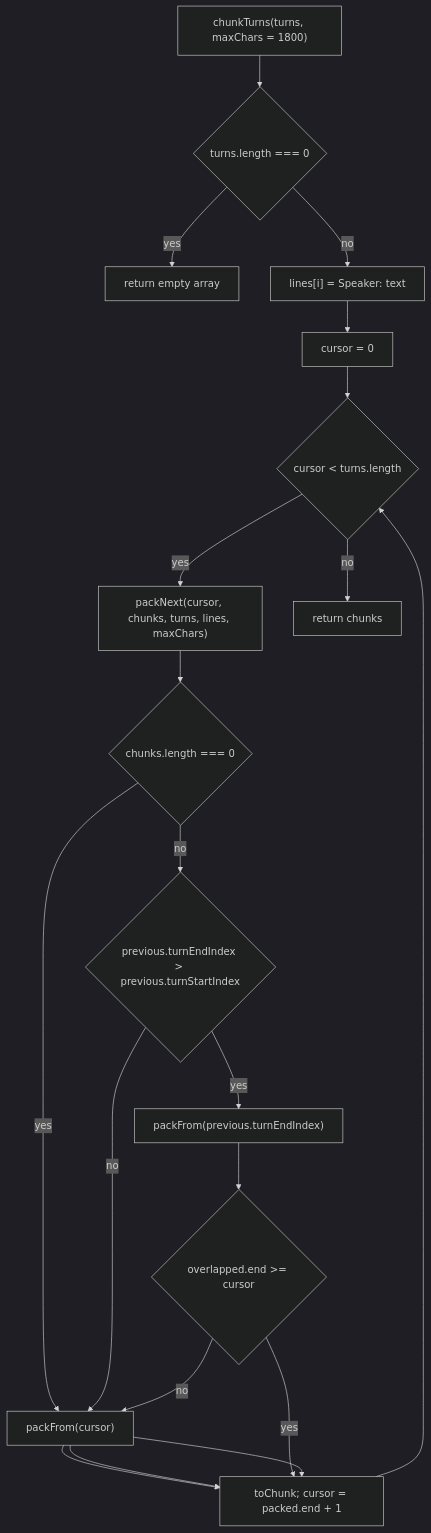
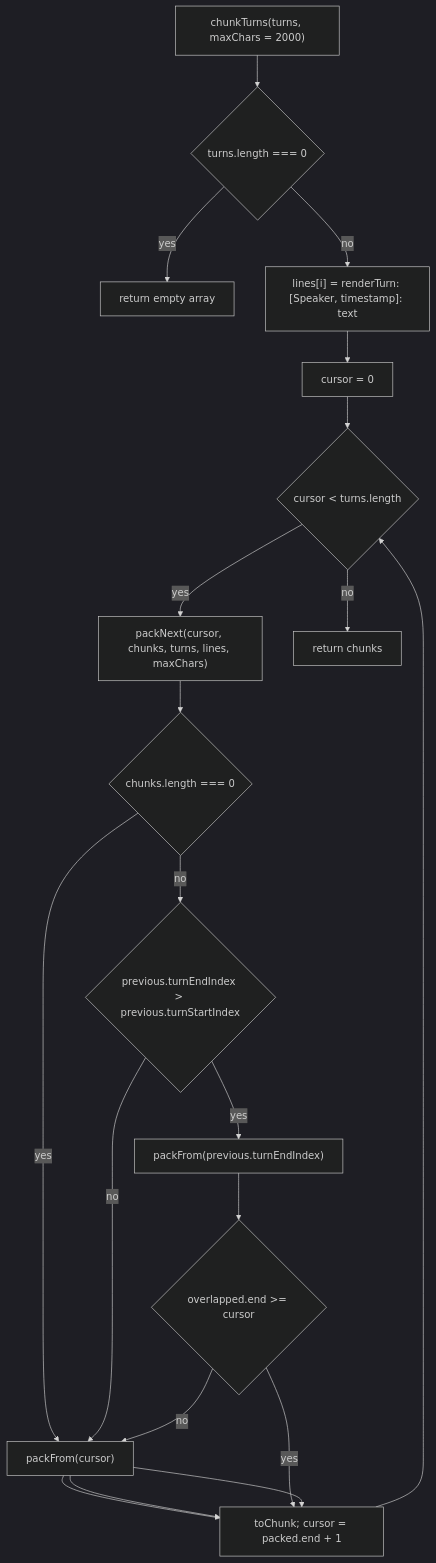
Before and after one commit to adamrefaey/meeting-intelligence: the third of 7 diagrams in docs/flows/ingestion.md, drawn with Mermaid (dark theme). The commit also changed other lines of this file and 4 other files, not shown here.

````diff
--- a/docs/flows/ingestion.md
+++ b/docs/flows/ingestion.md
@@ -141,30 +144,30 @@
 ```mermaid
 flowchart TD
-  start["chunkTurns(turns, maxChars = 1800)"]
+  start["chunkTurns(turns, maxChars = 2000)"]
   empty{"turns.length === 0"}
   none["return empty array"]
-  lines["lines[i] = Speaker: text"]
+  lines["lines[i] = renderTurn: [Speaker, timestamp]: text"]
   cursor["cursor = 0"]
   more{"cursor < turns.length"}
   packNext["packNext(cursor, chunks, turns, lines, maxChars)"]
   first{"chunks.length === 0"}
   fromCursor["packFrom(cursor)"]
   multi{"previous.turnEndIndex > previous.turnStartIndex"}
   overlap["packFrom(previous.turnEndIndex)"]
   grew{"overlapped.end >= cursor"}
   toChunk["toChunk; cursor = packed.end + 1"]
   done["return chunks"]
 
   start --> empty
   empty -->|yes| none
   empty -->|no| lines --> cursor --> more
   more -->|no| done
   more -->|yes| packNext --> first
   first -->|yes| fromCursor --> toChunk
   first -->|no| multi
   multi -->|no| fromCursor --> toChunk
   multi -->|yes| overlap --> grew
   grew -->|yes| toChunk
   grew -->|no| fromCursor --> toChunk
   toChunk --> more
 ```
````
